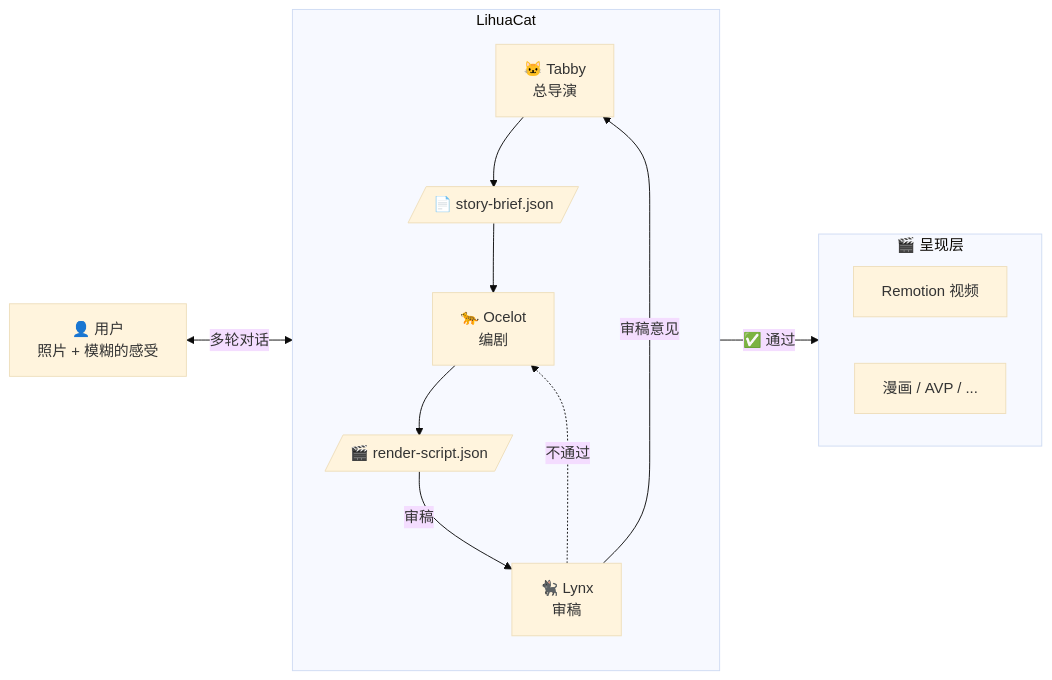
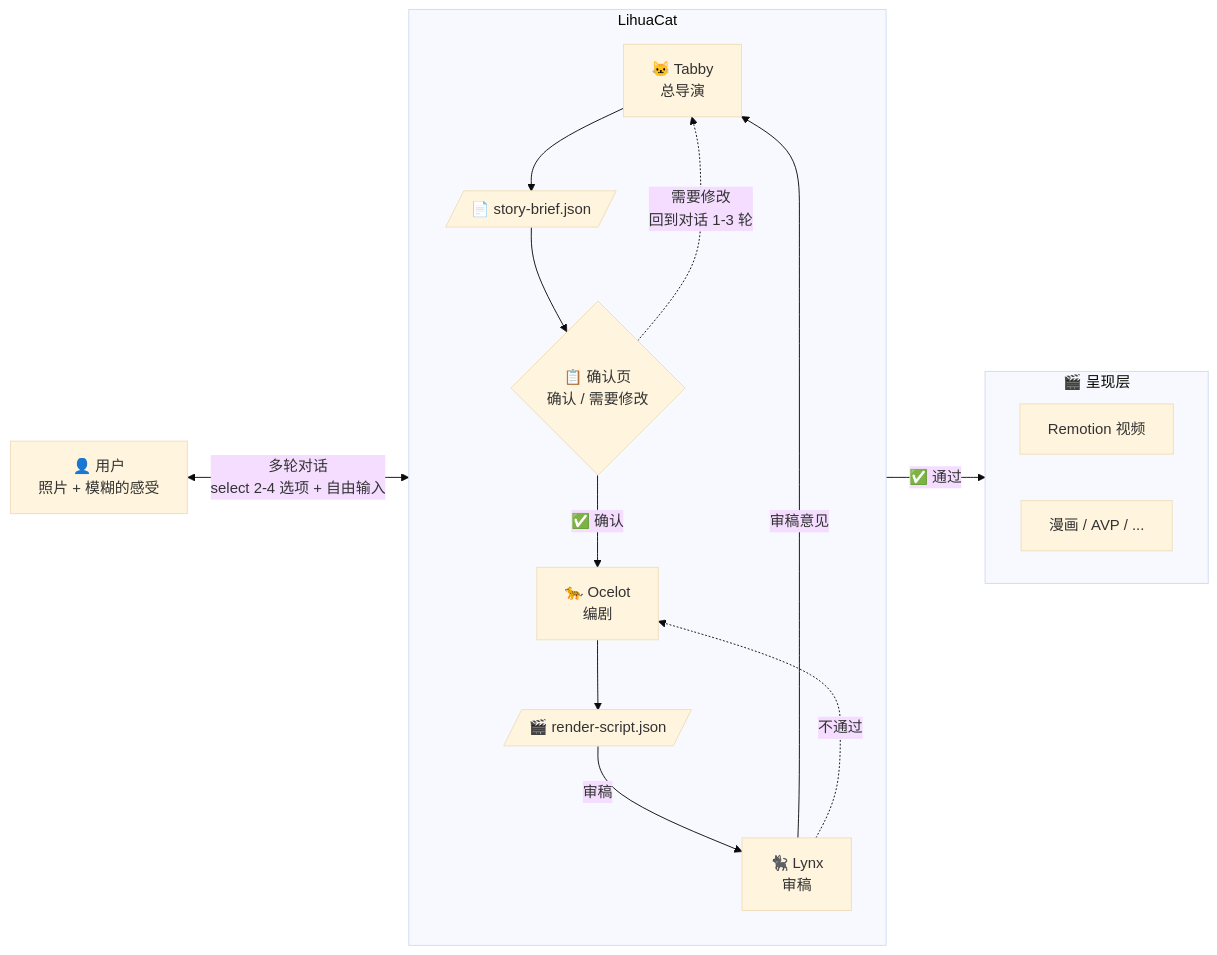
Before and after one commit to chiimagnus/LihuaCat: the first of 2 diagrams in .github/docs/LihuaCat 产品地基.md, drawn with Mermaid (base theme). The commit also changed other lines of this file, not shown here.

Commit message:
docs: 更新 Tabby 对话流程，新增交互模式与确认页，优化用户表达体验

````diff
--- a/.github/docs/LihuaCat 产品地基.md
+++ b/.github/docs/LihuaCat 产品地基.md
@@ -106,29 +108,32 @@
 ```mermaid
 flowchart LR
     User["👤 用户<br>照片 + 模糊的感受"]
 
     subgraph Core ["LihuaCat"]
         direction TB
         Tabby["🐱 Tabby<br>总导演"]
+        Confirm{"📋 确认页<br>确认 / 需要修改"}
         Ocelot["🐆 Ocelot<br>编剧"]
         Lynx["🐈‍⬛ Lynx<br>审稿"]
         Brief[/"📄 story-brief.json"/]
         RS[/"🎬 render-script.json"/]
     end
 
-    User <-->|"多轮对话"| Tabby
+    User <-->|"多轮对话<br>select 2-4 选项 + 自由输入"| Tabby
     Tabby --> Brief
-    Brief --> Ocelot
+    Brief --> Confirm
+    Confirm -->|"✅ 确认"| Ocelot
+    Confirm -.->|"需要修改<br>回到对话 1-3 轮"| Tabby
     Ocelot --> RS
     RS -->|"审稿"| Lynx
     Lynx -->|"审稿意见"| Tabby
     Lynx -.->|"不通过"| Ocelot
 
     subgraph Render ["🎬 呈现层"]
         direction LR
         R1["Remotion 视频"]
         R2["漫画 / AVP / ..."]
     end
 
     RS -->|"✅ 通过"| Render
 ```
````
